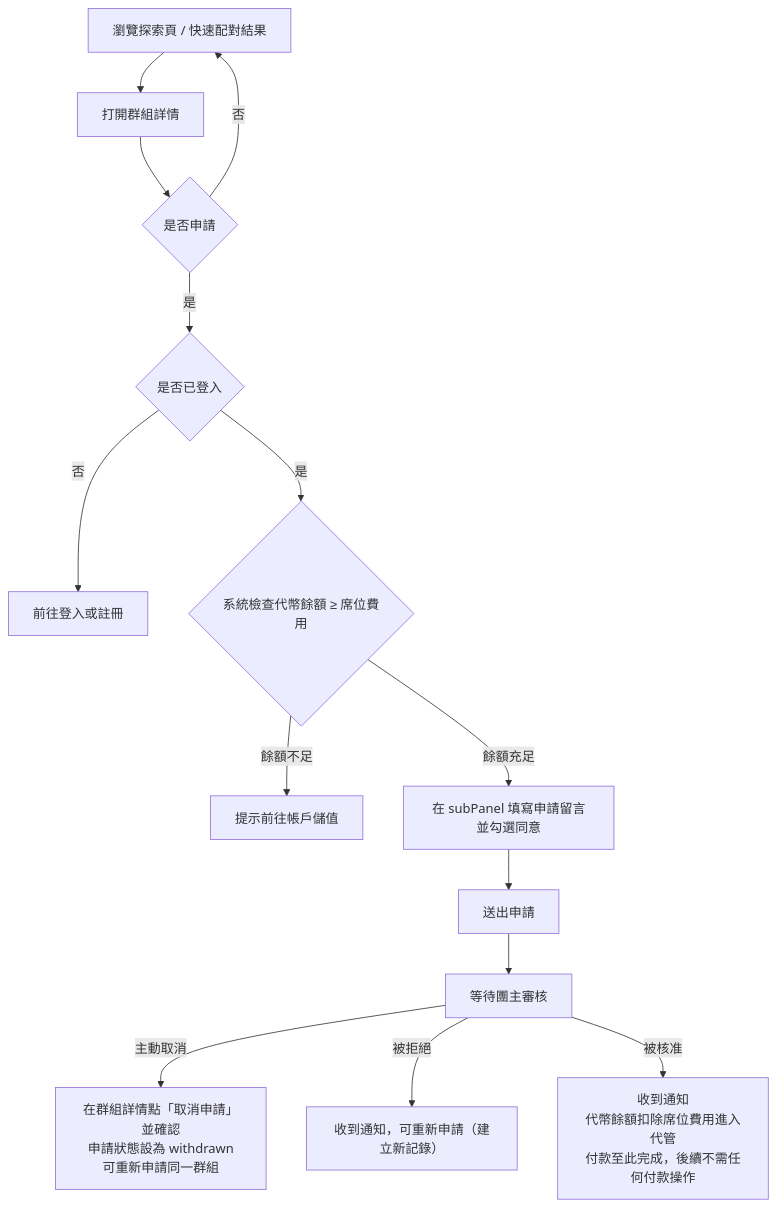
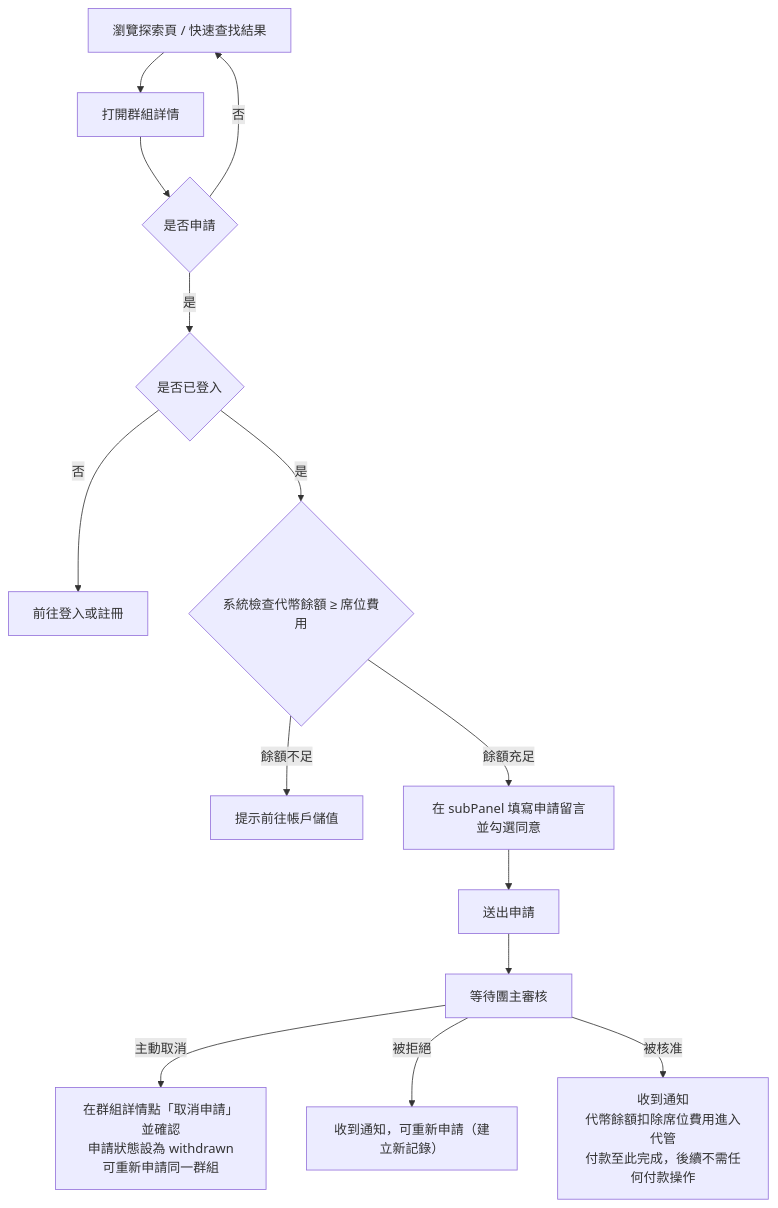
The second of 15 diagrams in docs/user-flows.md (s1092055/PartyMatch), drawn with Mermaid before and after one commit. The commit also changed 7 other files, not shown here.

````diff
--- a/docs/user-flows.md
+++ b/docs/user-flows.md
@@ -41,16 +41,16 @@
 ```mermaid
 flowchart TD
-  A[瀏覽探索頁 / 快速配對結果] --> B[打開群組詳情]
+  A[瀏覽探索頁 / 快速查找結果] --> B[打開群組詳情]
   B --> C{是否申請}
   C -->|否| A
   C -->|是| D{是否已登入}
   D -->|否| D1[前往登入或註冊]
   D -->|是| E{系統檢查代幣餘額 ≥ 席位費用}
   E -->|餘額不足| E1[提示前往帳戶儲值]
   E -->|餘額充足| F[在 subPanel 填寫申請留言並勾選同意]
   F --> G[送出申請]
   G --> H[等待團主審核]
   H -->|主動取消| H0[在群組詳情點「取消申請」並確認\n申請狀態設為 withdrawn\n可重新申請同一群組]
   H -->|被拒絕| H1[收到通知，可重新申請（建立新記錄）]
   H -->|被核准| I[收到通知\n代幣餘額扣除席位費用進入代管\n付款至此完成，後續不需任何付款操作]
 ```
````
